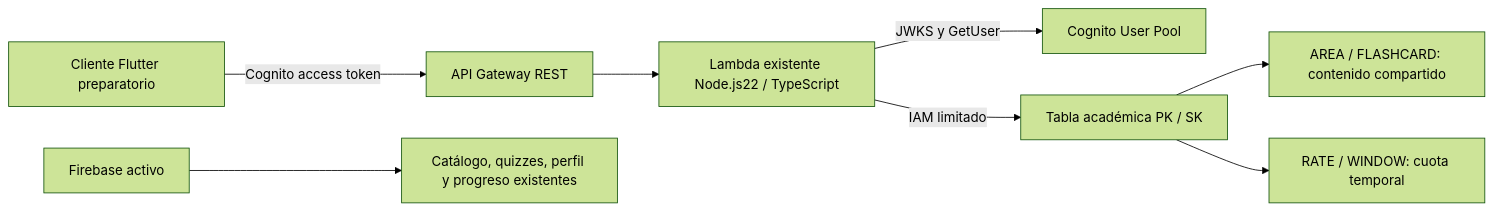
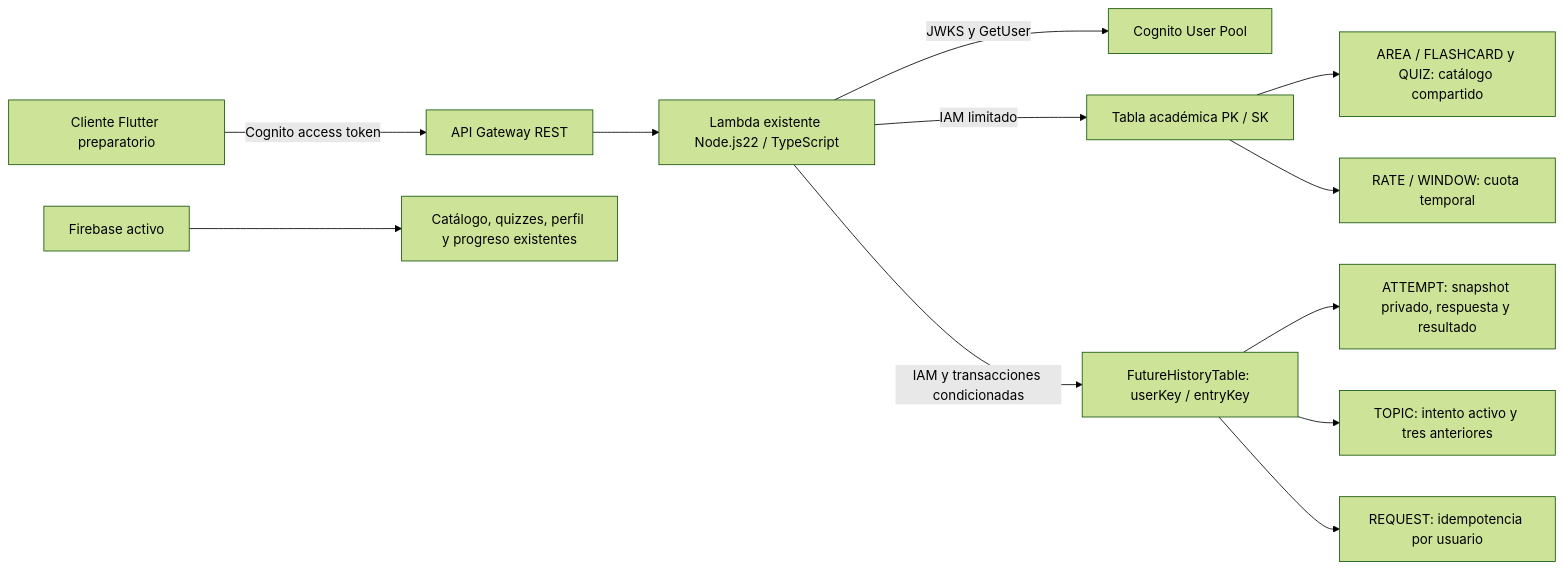
The diagram in docs/AWS_PARTE_3_DYNAMODB_CRUD.md (bryanapazaquispev5-droid/synapse-health), drawn with Mermaid (forest theme) before and after one commit. The commit also changed other lines of this file and 2 other files, not shown here.

Commit message:
docs(aws): document quiz scoring and private progress model

````diff
--- a/docs/AWS_PARTE_3_DYNAMODB_CRUD.md
+++ b/docs/AWS_PARTE_3_DYNAMODB_CRUD.md
@@ -38,10 +38,14 @@
 ```mermaid
 flowchart LR
   Flutter[Cliente Flutter preparatorio] -->|Cognito access token| Gateway[API Gateway REST]
   Gateway --> Lambda[Lambda existente Node.js22 / TypeScript]
   Lambda -->|JWKS y GetUser| Cognito[Cognito User Pool]
   Lambda -->|IAM limitado| Content[Tabla académica PK / SK]
-  Content --> Cards[AREA / FLASHCARD: contenido compartido]
+  Content --> Cards[AREA / FLASHCARD y QUIZ: catálogo compartido]
   Content --> Quota[RATE / WINDOW: cuota temporal]
+  Lambda -->|IAM y transacciones condicionadas| Private[FutureHistoryTable: userKey / entryKey]
+  Private --> Evidence[ATTEMPT: snapshot privado, respuesta y resultado]
+  Private --> Canonical[TOPIC: intento activo y tres anteriores]
+  Private --> Dedup[REQUEST: idempotencia por usuario]
   Firebase[Firebase activo] --> Existing[Catálogo, quizzes, perfil y progreso existentes]
 ```
````
